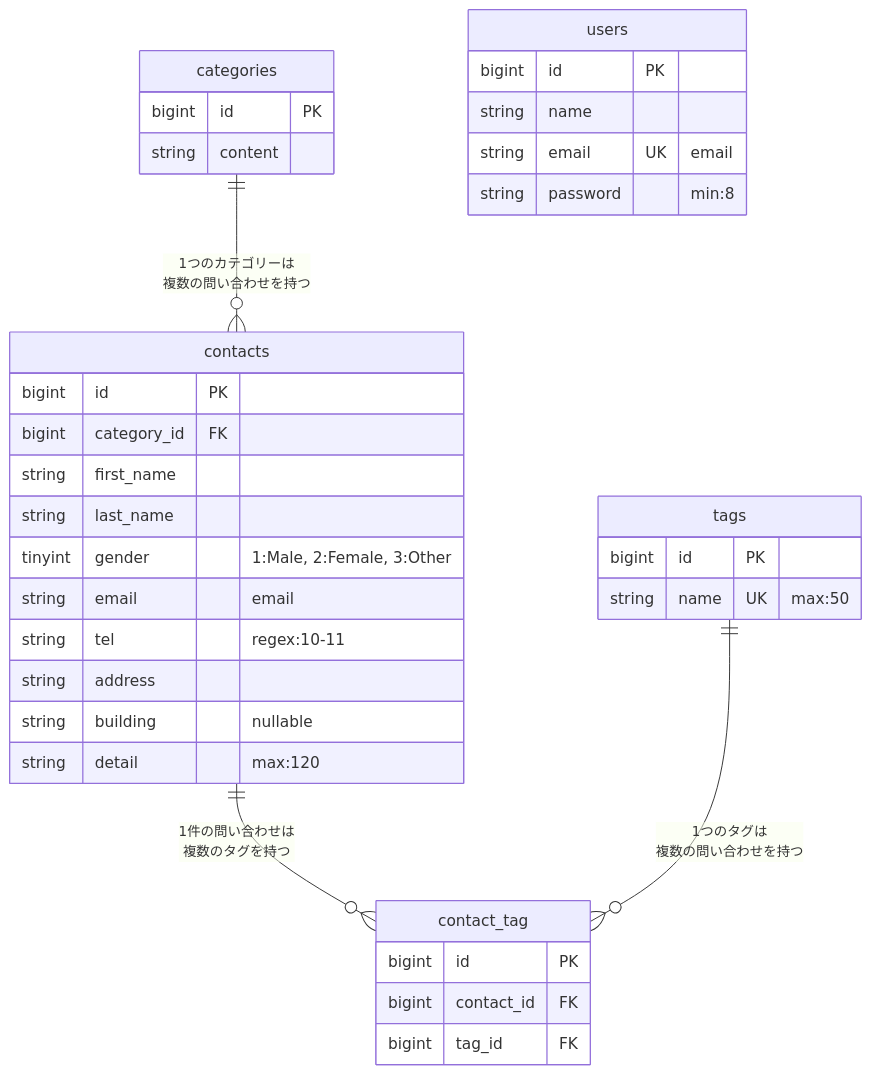
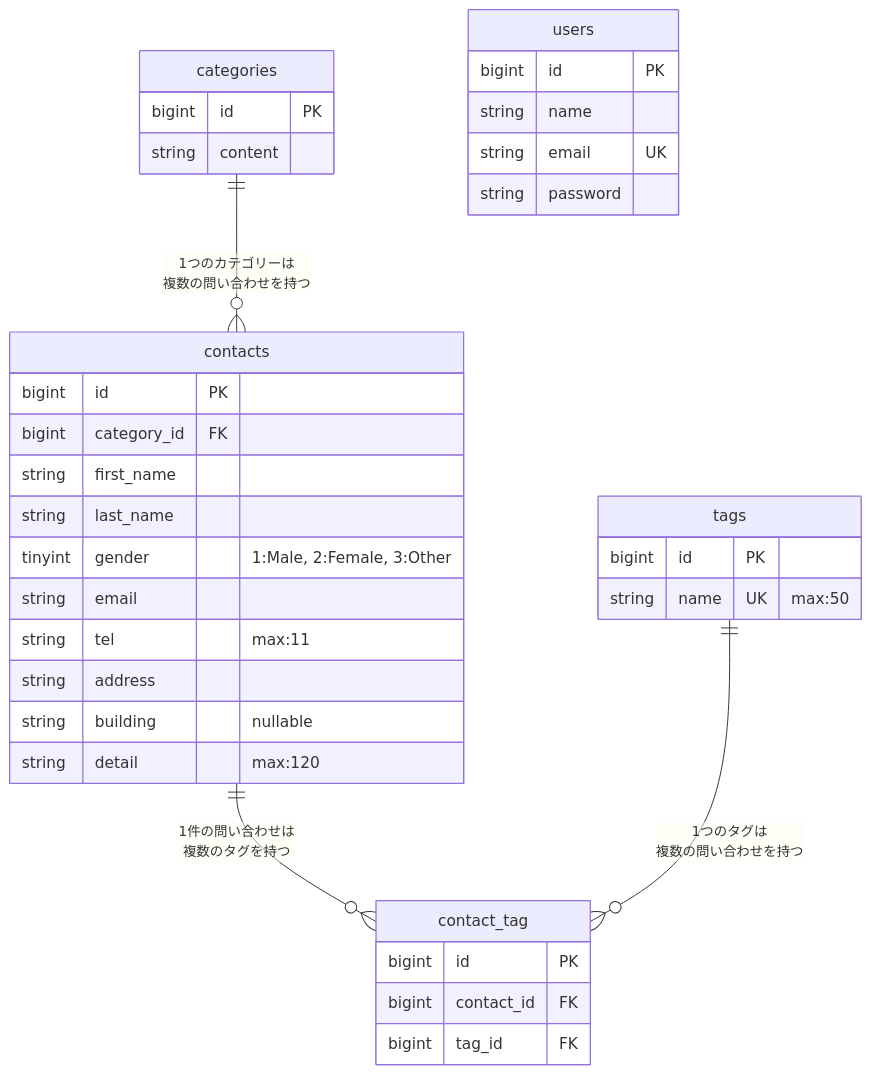
The diagram in README.md (kazu-hisami2/Review_Test-contact-form-app), drawn with Mermaid before and after one commit.

Commit message:
Refine email and tel field specifications
Updated email and tel field definitions for clarity.

````diff
--- a/README.md
+++ b/README.md
@@ -14,42 +14,42 @@
 ```mermaid
 erDiagram
     categories ||--o{ contacts : "1つのカテゴリーは<br>複数の問い合わせを持つ"
     contacts ||--o{ contact_tag : "1件の問い合わせは<br>複数のタグを持つ"
     tags ||--o{ contact_tag : "1つのタグは<br>複数の問い合わせを持つ"
 
     categories {
         bigint id PK
         string content
     }
 
     contacts {
         bigint id PK
         bigint category_id FK
         string first_name
         string last_name
         tinyint gender "1:Male, 2:Female, 3:Other"
-        string email "email"
-        string tel "regex:10-11"
+        string email
+        string tel "max:11"
         string address
         string building "nullable"
         string detail "max:120"
     }
 
     tags {
         bigint id PK
         string name UK "max:50"
     }
 
     contact_tag {
         bigint id PK
         bigint contact_id FK
         bigint tag_id FK
     }
 
     users {
         bigint id PK
         string name
-        string email UK "email"
-        string password "min:8"
+        string email UK
+        string password
     }
 ```
````
